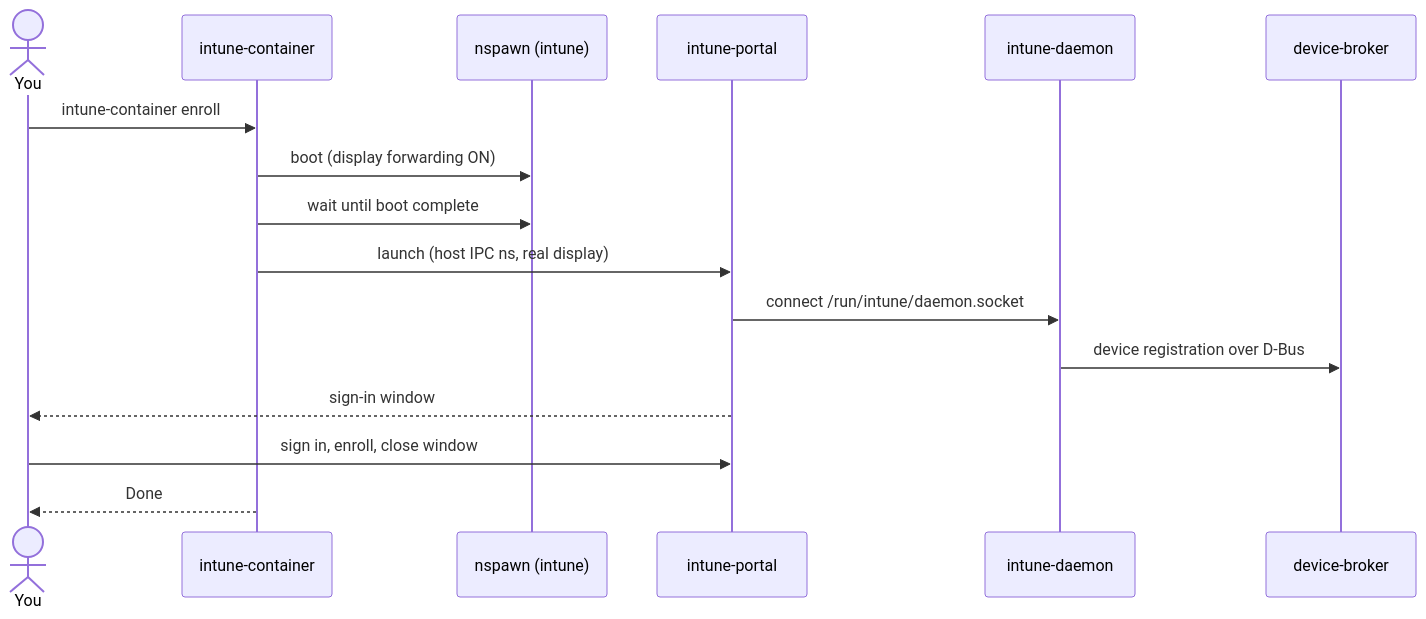
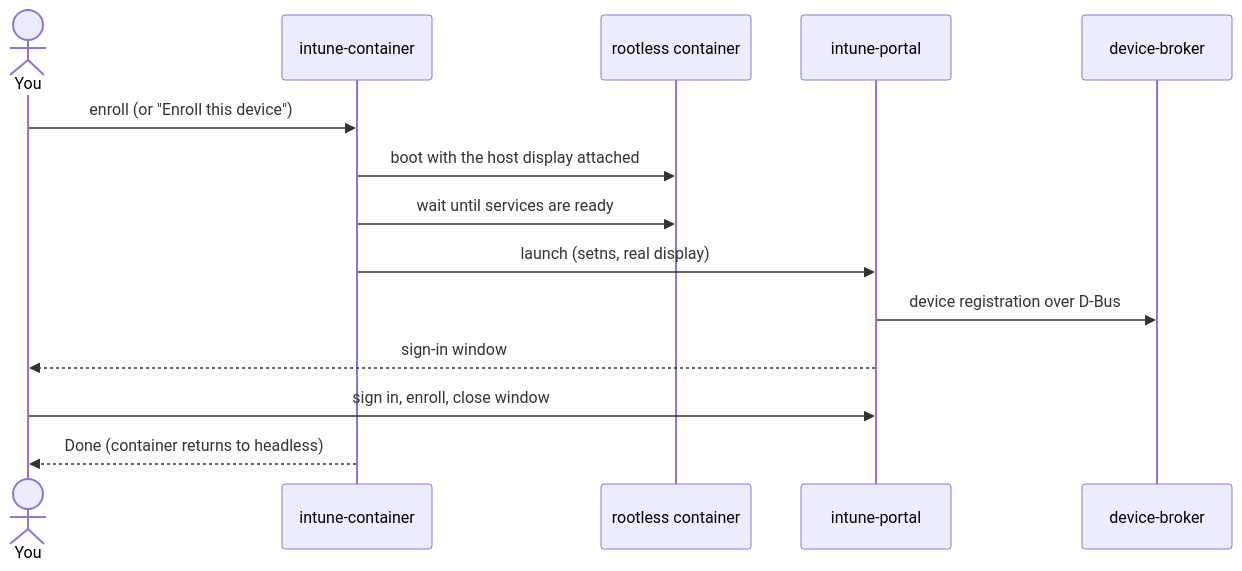
One commit to magicabdel/intune-container changed the second of 4 diagrams in docs/architecture.md. Above: the diagram before and after it, drawn with Mermaid. The commit also changed other lines of this file and 25 other files, not shown here.

````diff
--- a/docs/architecture.md
+++ b/docs/architecture.md
@@ -46,19 +59,17 @@
 ```mermaid
 sequenceDiagram
     actor U as You
     participant C as intune-container
-    participant M as nspawn (intune)
+    participant M as rootless container
     participant P as intune-portal
-    participant D as intune-daemon
     participant B as device-broker
 
-    U->>C: intune-container enroll
-    C->>M: boot (display forwarding ON)
-    C->>M: wait until boot complete
-    C->>P: launch (host IPC ns, real display)
-    P->>D: connect /run/intune/daemon.socket
-    D->>B: device registration over D-Bus
+    U->>C: enroll (or "Enroll this device")
+    C->>M: boot with the host display attached
+    C->>M: wait until services are ready
+    C->>P: launch (setns, real display)
+    P->>B: device registration over D-Bus
     P-->>U: sign-in window
     U->>P: sign in, enroll, close window
-    C-->>U: Done
+    C-->>U: Done (container returns to headless)
 ```
````
